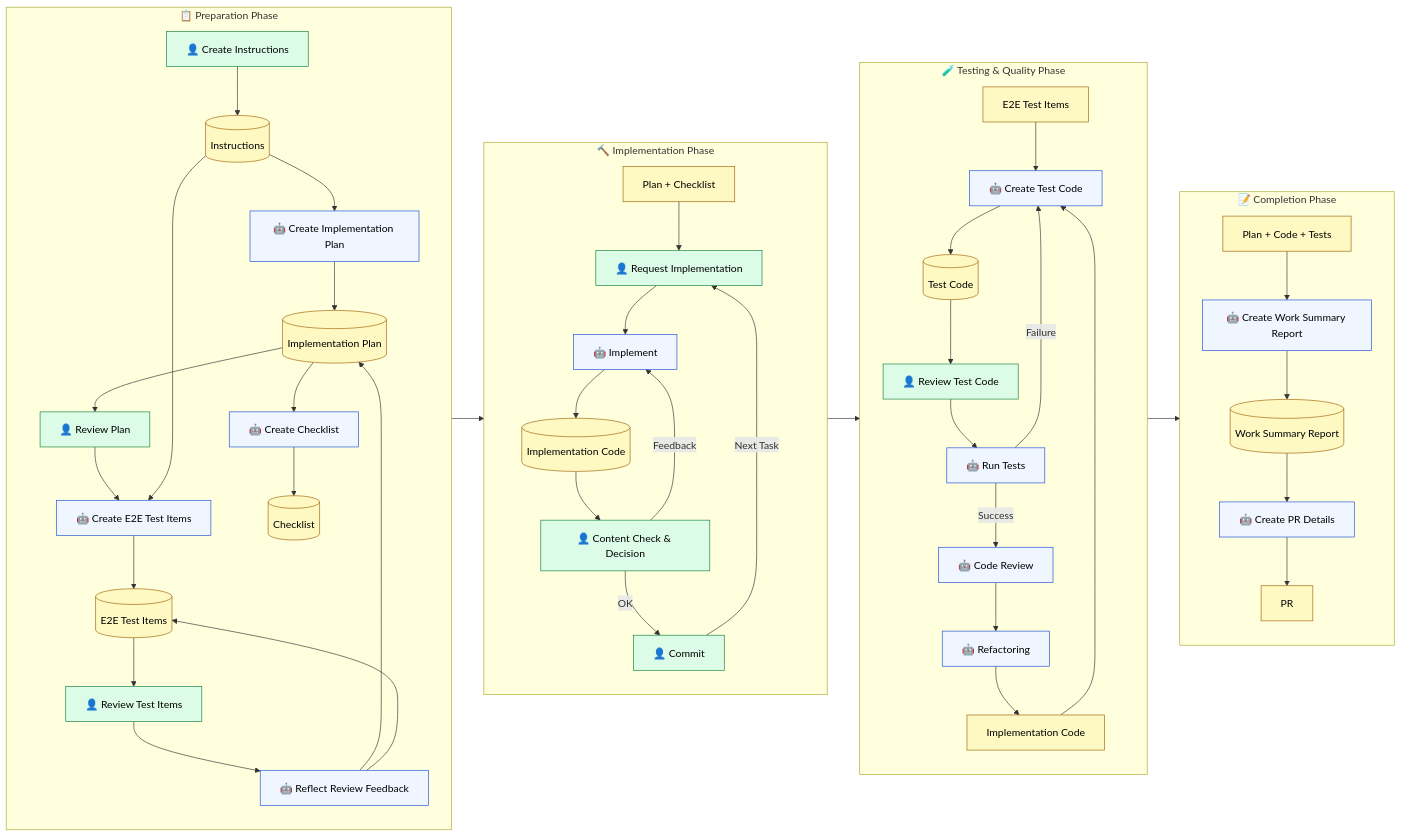
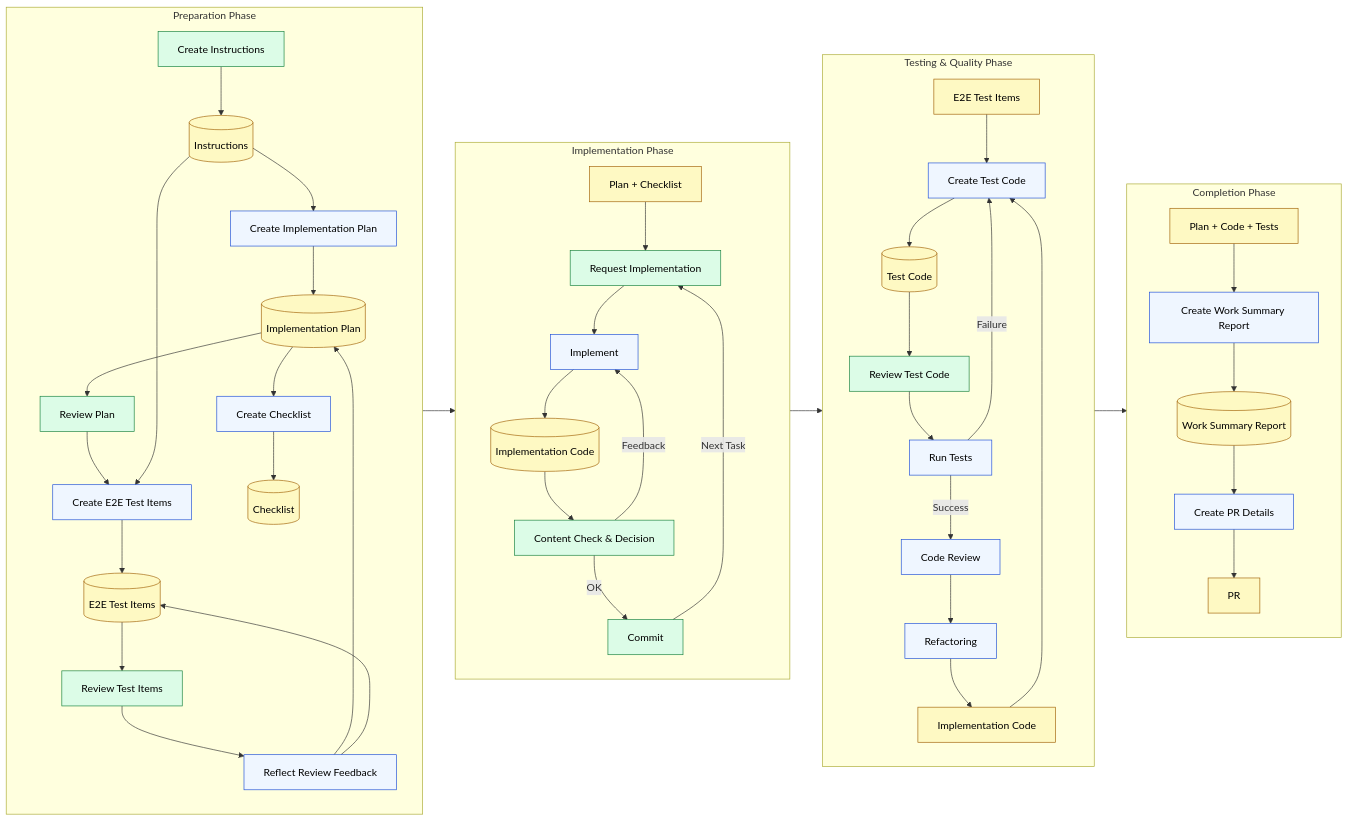
The diagram in docs/11-cross-llm-principles/prompt-driven-development.md (shuji-bonji/understanding-llm-through-claude-code), drawn with Mermaid before and after one commit. The commit also changed other lines of this file and 44 other files, not shown here.

````diff
--- a/docs/11-cross-llm-principles/prompt-driven-development.md
+++ b/docs/11-cross-llm-principles/prompt-driven-development.md
@@ -26,51 +26,51 @@
 ```mermaid
 flowchart LR
-    subgraph PREP["📋 Preparation Phase"]
+    subgraph PREP["Preparation Phase"]
         direction TB
-        U1["👤 Create Instructions"] --> Spec[("Instructions")]
-        Spec --> L1["🤖 Create Implementation Plan"]
+        U1["Create Instructions"] --> Spec[("Instructions")]
+        Spec --> L1["Create Implementation Plan"]
         L1 --> Plan[("Implementation Plan")]
-        Plan --> U2["👤 Review Plan"]
-        U2 --> L2["🤖 Create E2E Test Items"]
+        Plan --> U2["Review Plan"]
+        U2 --> L2["Create E2E Test Items"]
         Spec --> L2
         L2 --> E2E[("E2E Test Items")]
-        E2E --> U3["👤 Review Test Items"]
-        U3 --> L3["🤖 Reflect Review Feedback"]
+        E2E --> U3["Review Test Items"]
+        U3 --> L3["Reflect Review Feedback"]
         L3 --> Plan
         L3 --> E2E
-        Plan --> L4["🤖 Create Checklist"]
+        Plan --> L4["Create Checklist"]
         L4 --> CL[("Checklist")]
     end
 
-    subgraph IMPL["🔨 Implementation Phase"]
+    subgraph IMPL["Implementation Phase"]
         direction TB
-        Plan2["Plan + Checklist"] --> U4["👤 Request Implementation"]
-        U4 --> L5["🤖 Implement"]
+        Plan2["Plan + Checklist"] --> U4["Request Implementation"]
+        U4 --> L5["Implement"]
         L5 --> Code[("Implementation Code")]
-        Code --> U5["👤 Content Check & Decision"]
+        Code --> U5["Content Check & Decision"]
         U5 -->|"Feedback"| L5
-        U5 -->|"OK"| U6["👤 Commit"]
+        U5 -->|"OK"| U6["Commit"]
         U6 -->|"Next Task"| U4
     end
 
-    subgraph TEST["🧪 Testing & Quality Phase"]
+    subgraph TEST["Testing & Quality Phase"]
         direction TB
-        E2E2["E2E Test Items"] --> L6["🤖 Create Test Code"]
+        E2E2["E2E Test Items"] --> L6["Create Test Code"]
         Code2["Implementation Code"] --> L6
         L6 --> Test[("Test Code")]
-        Test --> U7["👤 Review Test Code"]
-        U7 --> L7["🤖 Run Tests"]
+        Test --> U7["Review Test Code"]
+        U7 --> L7["Run Tests"]
         L7 -->|"Failure"| L6
-        L7 -->|"Success"| L8["🤖 Code Review"]
-        L8 --> L9["🤖 Refactoring"]
+        L7 -->|"Success"| L8["Code Review"]
+        L8 --> L9["Refactoring"]
         L9 --> Code2
     end
 
-    subgraph DONE["📝 Completion Phase"]
+    subgraph DONE["Completion Phase"]
         direction TB
-        AllDocs["Plan + Code + Tests"] --> L10["🤖 Create Work Summary Report"]
+        AllDocs["Plan + Code + Tests"] --> L10["Create Work Summary Report"]
         L10 --> Report[("Work Summary Report")]
-        Report --> L11["🤖 Create PR Details"]
+        Report --> L11["Create PR Details"]
         L11 --> PR["PR"]
     end
 
````
